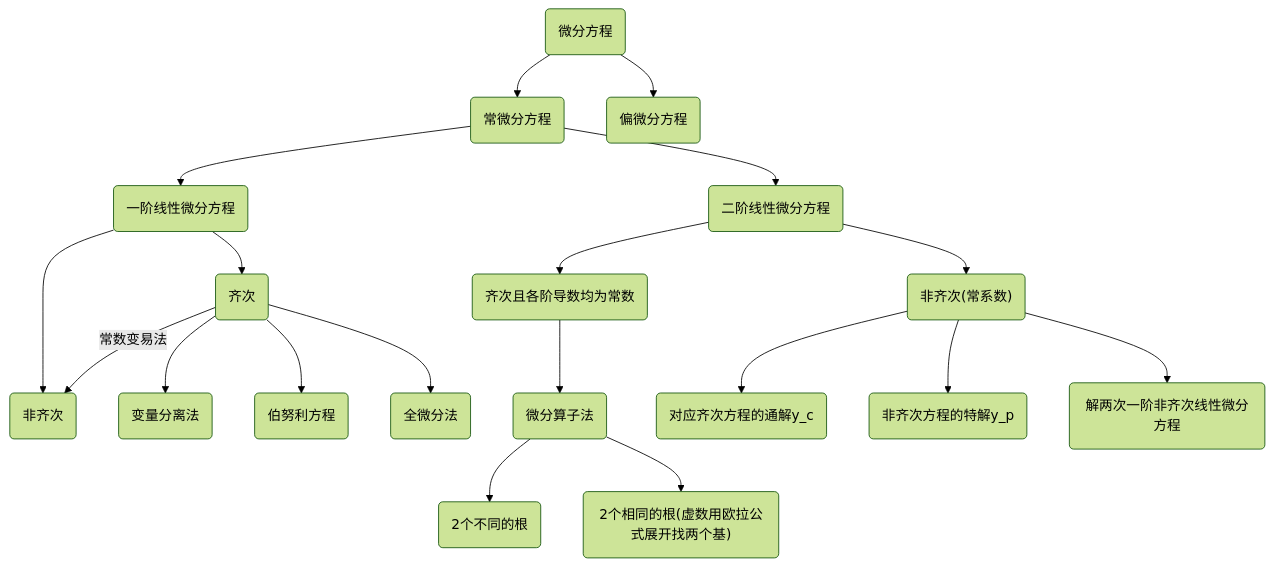
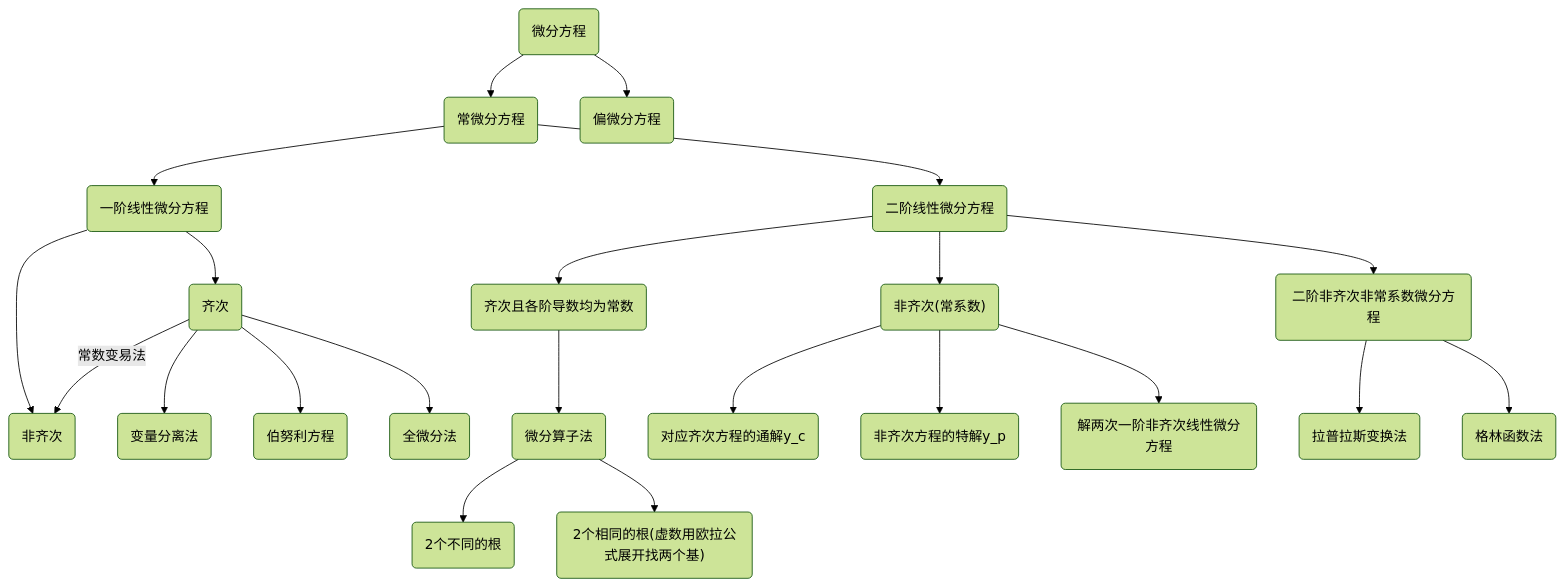
One commit to AlimyBreak/Course001_DifferentialEquation changed the diagram in 课程知识结构整理.md. Above: the diagram before and after it, drawn with Mermaid (forest theme). The commit also changed 2 other files, not shown here.

Commit message:
+1.完成第09 10 讲笔记.

````diff
--- a/课程知识结构整理.md
+++ b/课程知识结构整理.md
@@ -1,24 +1,27 @@
 ```mermaid
 graph TD
 A(微分方程)-->AA(常微分方程)
 A-->AB(偏微分方程)
 AA-->AAA(一阶线性微分方程)
 AAA-->AAAA(齐次)
 AAA-->AAAB(非齐次)
 AAAA-- 常数变易法 --> AAAB
 AAAA-->AAAAA(变量分离法)
 AAAA-->AAAAB(伯努利方程)
 AAAA-->AAAAC(全微分法)
 AA-->AAB(二阶线性微分方程)
 AAB-->AABA(齐次且各阶导数均为常数)
 AABA-->AABAA(微分算子法)
 AABAA-->AABAAA(2个不同的根)
 AABAA-->AABAAB("2个相同的根(虚数用欧拉公式展开找两个基)")
 AAB-->AABB("非齐次(常系数)")
 AABB-->AABBA(对应齐次方程的通解y_c)
 AABB-->AABBB(非齐次方程的特解y_p)
 AABB-->AABBC(解两次一阶非齐次线性微分方程)
+AAB-->AABC(二阶非齐次非常系数微分方程)
+AABC-->AABCA(拉普拉斯变换法)
+AABC-->AABCB(格林函数法)
 
 
 
 ```
````
